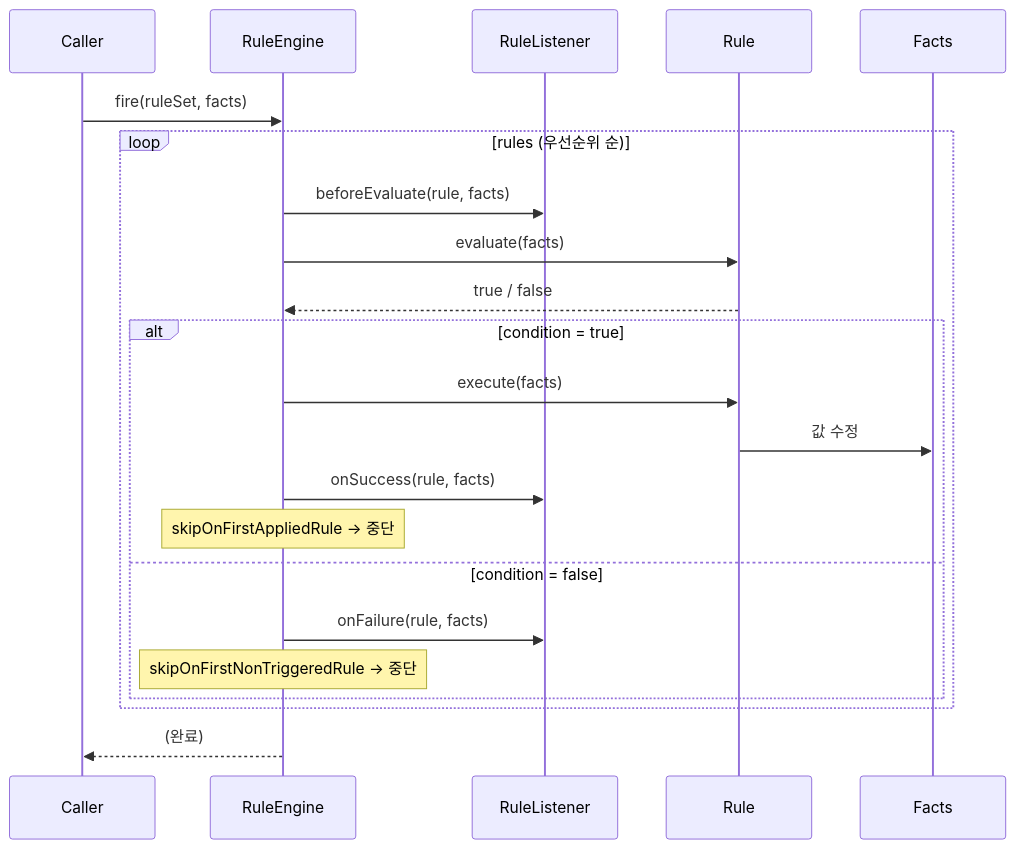
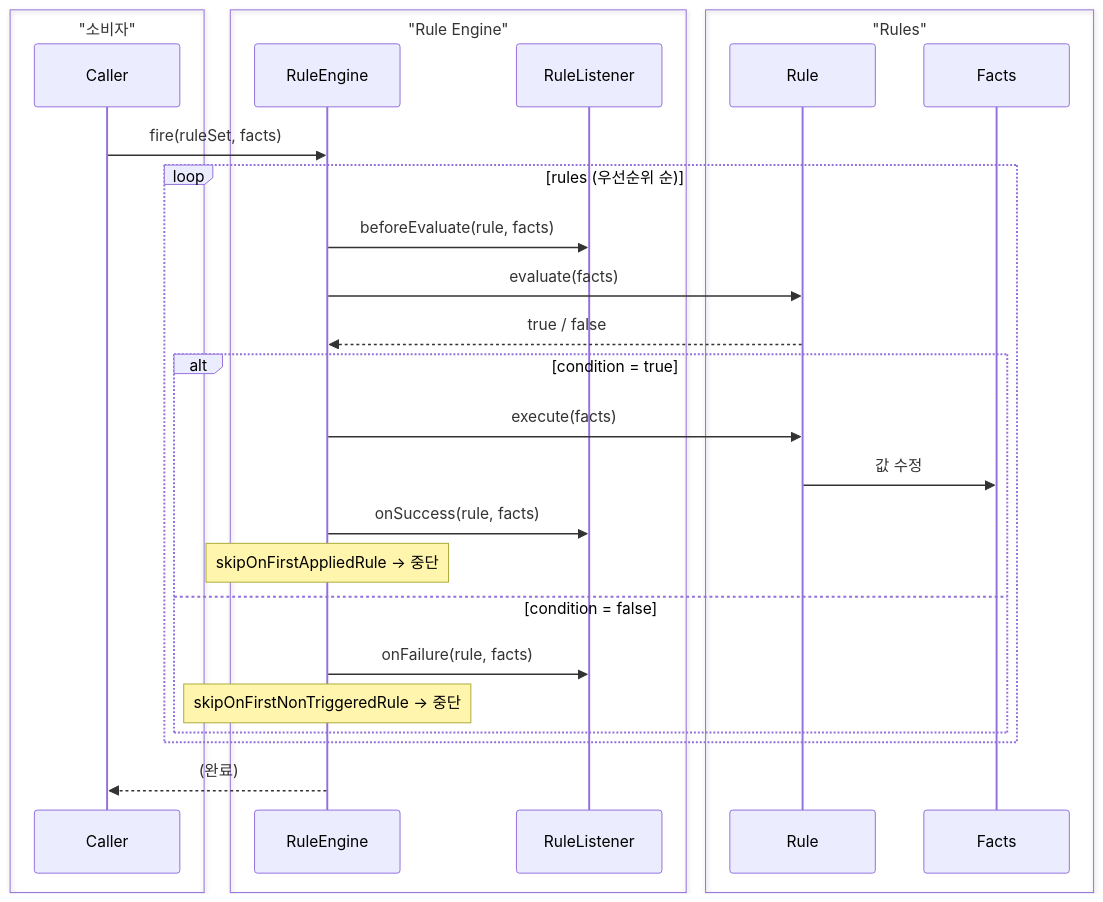
One commit to bluetape4k/bluetape4k-projects changed the fifth of 8 diagrams in utils/rule-engine/README.ko.md. Above: the diagram before and after it, drawn with Mermaid. The commit also changed other lines of this file and 221 other files, not shown here.

First line of the commit message:
docs: 전체 모듈 README UML 다이어그램 보강 및 색상 업그레이드

````diff
--- a/utils/rule-engine/README.ko.md
+++ b/utils/rule-engine/README.ko.md
@@ -198,27 +230,33 @@
 ```mermaid
 sequenceDiagram
+    box "소비자" #E8F5E9
     participant Caller
+    end
+    box "Rule Engine" #E3F2FD
     participant RuleEngine
     participant RuleListener
+    end
+    box "Rules" #FFF3E0
     participant Rule
     participant Facts
+    end
     Caller ->> RuleEngine: fire(ruleSet, facts)
 
     loop rules (우선순위 순)
         RuleEngine ->> RuleListener: beforeEvaluate(rule, facts)
         RuleEngine ->> Rule: evaluate(facts)
         Rule -->> RuleEngine: true / false
 
         alt condition = true
             RuleEngine ->> Rule: execute(facts)
             Rule ->> Facts: 값 수정
             RuleEngine ->> RuleListener: onSuccess(rule, facts)
             Note over RuleEngine: skipOnFirstAppliedRule → 중단
         else condition = false
             RuleEngine ->> RuleListener: onFailure(rule, facts)
             Note over RuleEngine: skipOnFirstNonTriggeredRule → 중단
         end
     end
 
     RuleEngine -->> Caller: (완료)
 ```
````
